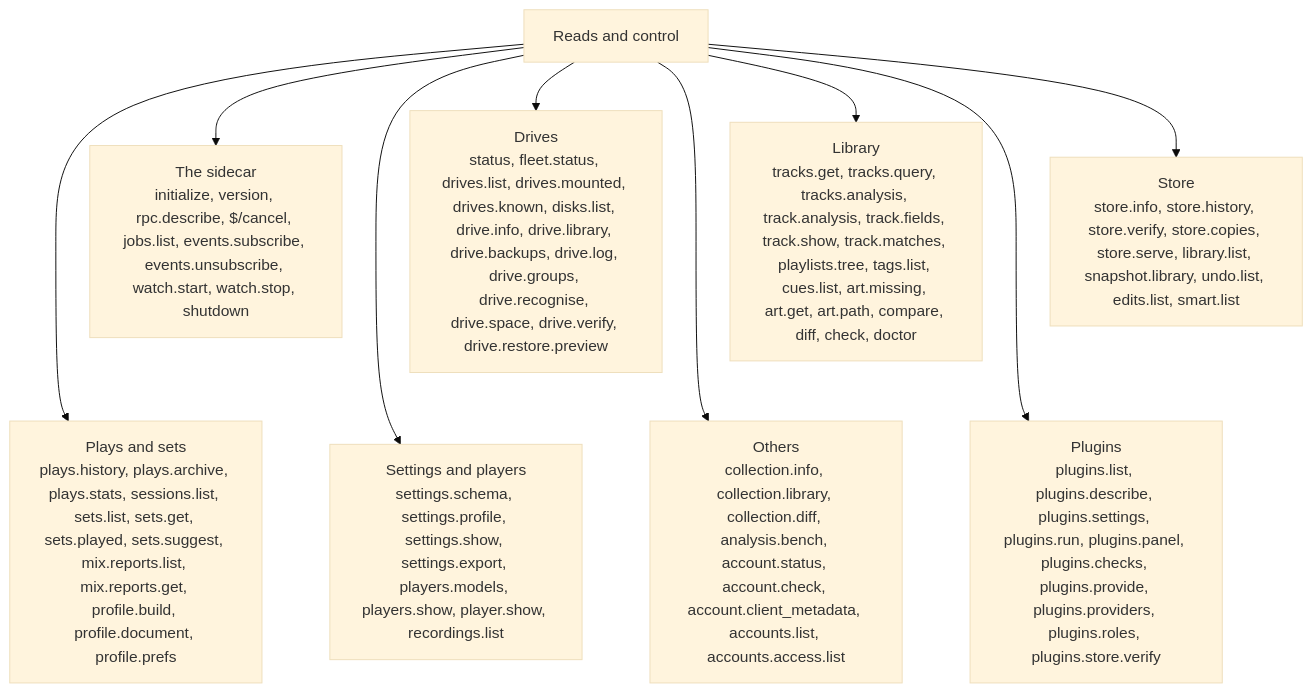
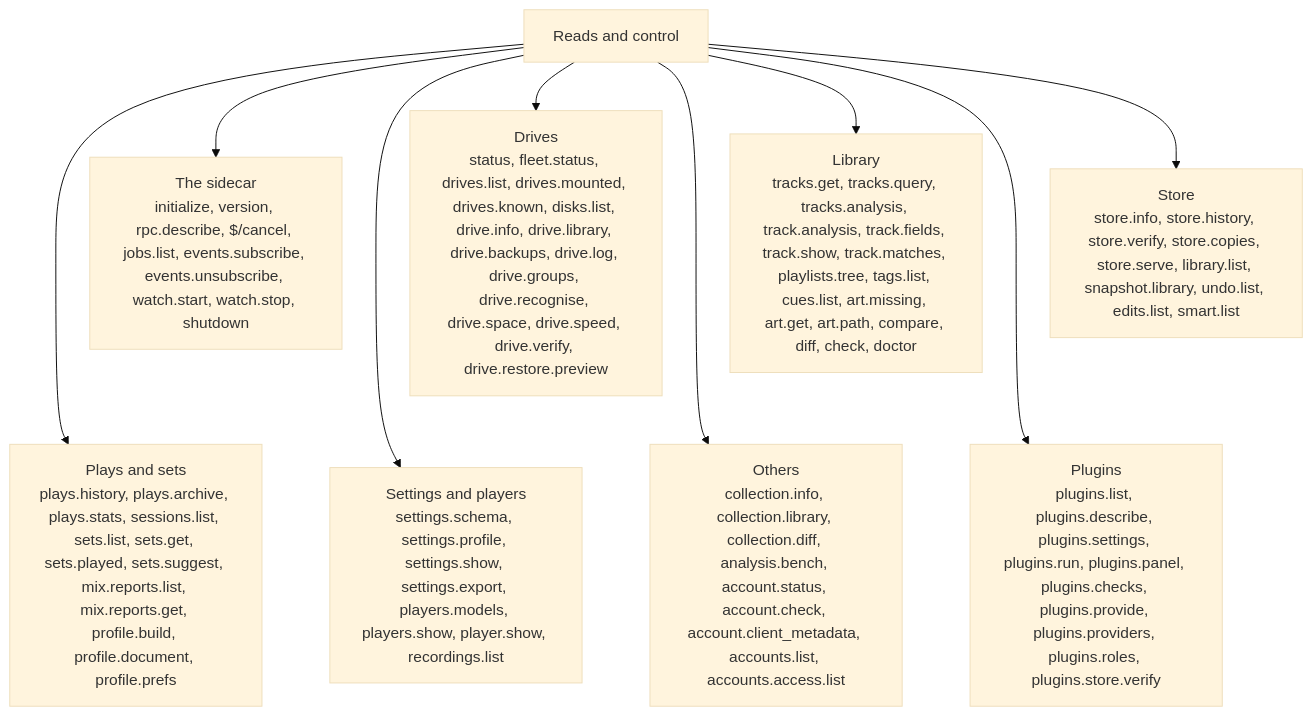
One commit to cutenode/localnetwork changed the seventh of 10 diagrams in apps/locallibrary/docs/diagrams/sidecar.md. Above: the diagram before and after it, drawn with Mermaid (base theme). The commit also changed other lines of this file and 6 other files, not shown here.

First line of the commit message:
docs(locallibrary): bring the diagrams up to date with the code

````diff
--- a/apps/locallibrary/docs/diagrams/sidecar.md
+++ b/apps/locallibrary/docs/diagrams/sidecar.md
@@ -149,16 +149,16 @@
 ```mermaid
 flowchart TD
     hub["Reads and control"]
     hub --> control["The sidecar<br/>initialize, version, rpc.describe, $/cancel, jobs.list, events.subscribe, events.unsubscribe, watch.start, watch.stop, shutdown"]
-    hub --> fleet["Drives<br/>status, fleet.status, drives.list, drives.mounted, drives.known, disks.list, drive.info, drive.library, drive.backups, drive.log, drive.groups, drive.recognise, drive.space, drive.verify, drive.restore.preview"]
+    hub --> fleet["Drives<br/>status, fleet.status, drives.list, drives.mounted, drives.known, disks.list, drive.info, drive.library, drive.backups, drive.log, drive.groups, drive.recognise, drive.space, drive.speed, drive.verify, drive.restore.preview"]
     hub --> tracks["Library<br/>tracks.get, tracks.query, tracks.analysis, track.analysis, track.fields, track.show, track.matches, playlists.tree, tags.list, cues.list, art.missing, art.get, art.path, compare, diff, check, doctor"]
     hub --> store["Store<br/>store.info, store.history, store.verify, store.copies, store.serve, library.list, snapshot.library, undo.list, edits.list, smart.list"]
     hub --> plays["Plays and sets<br/>plays.history, plays.archive, plays.stats, sessions.list, sets.list, sets.get, sets.played, sets.suggest, mix.reports.list, mix.reports.get, profile.build, profile.document, profile.prefs"]
     hub --> settings["Settings and players<br/>settings.schema, settings.profile, settings.show, settings.export, players.models, players.show, player.show, recordings.list"]
     hub --> other["Others<br/>collection.info, collection.library, collection.diff, analysis.bench, account.status, account.check, account.client_metadata, accounts.list, accounts.access.list"]
     hub --> plugins["Plugins<br/>plugins.list, plugins.describe, plugins.settings, plugins.run, plugins.panel, plugins.checks, plugins.provide, plugins.providers, plugins.roles, plugins.store.verify"]
     control ~~~ plays
     fleet ~~~ settings
     tracks ~~~ other
     store ~~~ plugins
 ```
````
